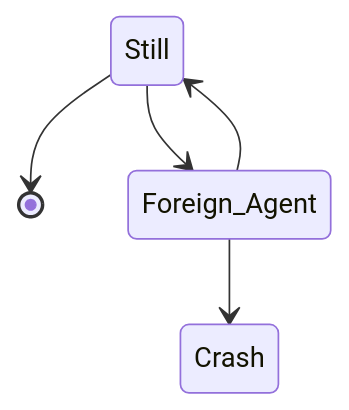
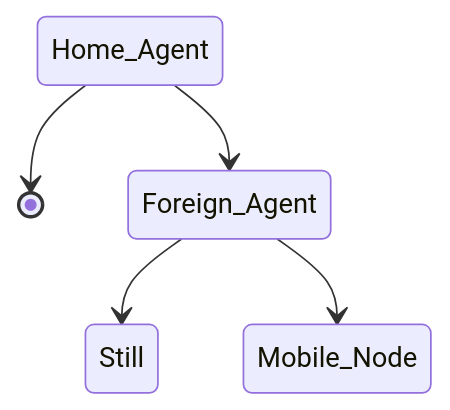
Before and after one commit to juakali-networks/mip: the second of 2 diagrams in README.md, drawn with Mermaid.

Commit message:
Added diagram to ReadMe

````diff
--- a/README.md
+++ b/README.md
@@ -37,8 +37,8 @@
 ```mermaid
 stateDiagram
-    Still --> [*]
+    Home_Agent --> [*]
 
-    Still --> Foreign_Agent
+    Home_Agent --> Foreign_Agent
     Foreign_Agent --> Still
-    Foreign_Agent --> Crash
+    Foreign_Agent --> Mobile_Node
 ```
````
